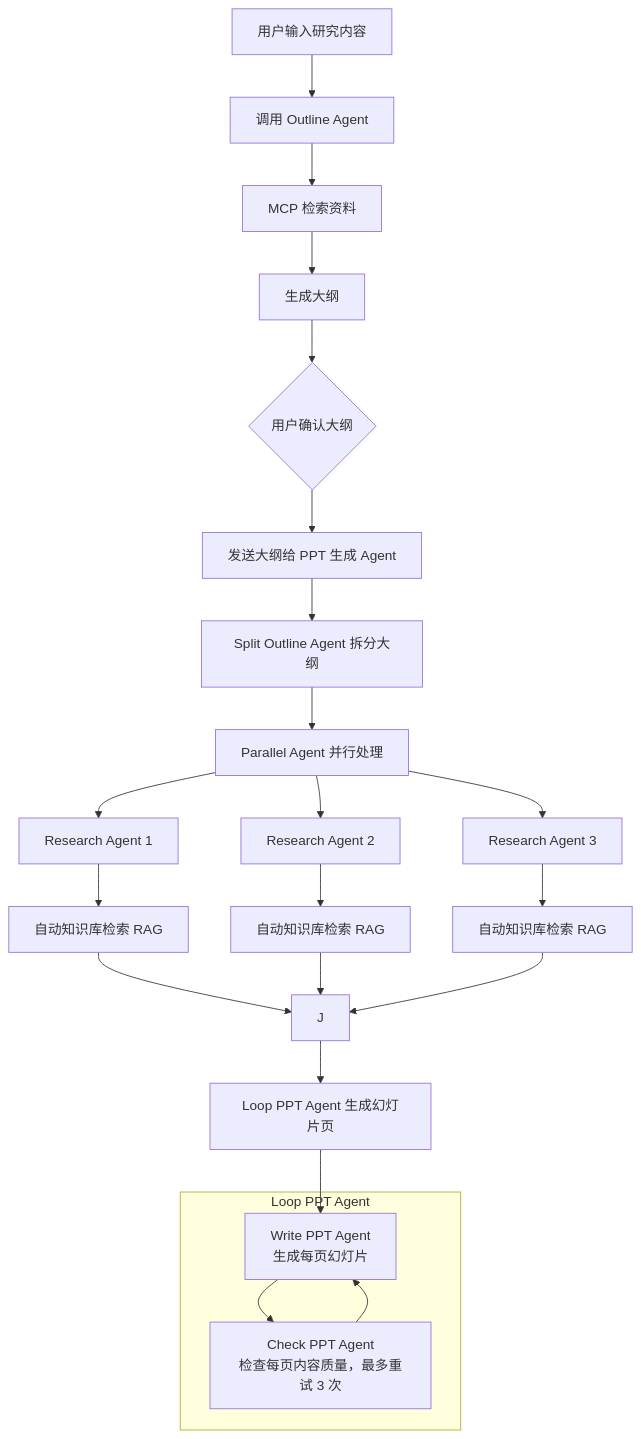
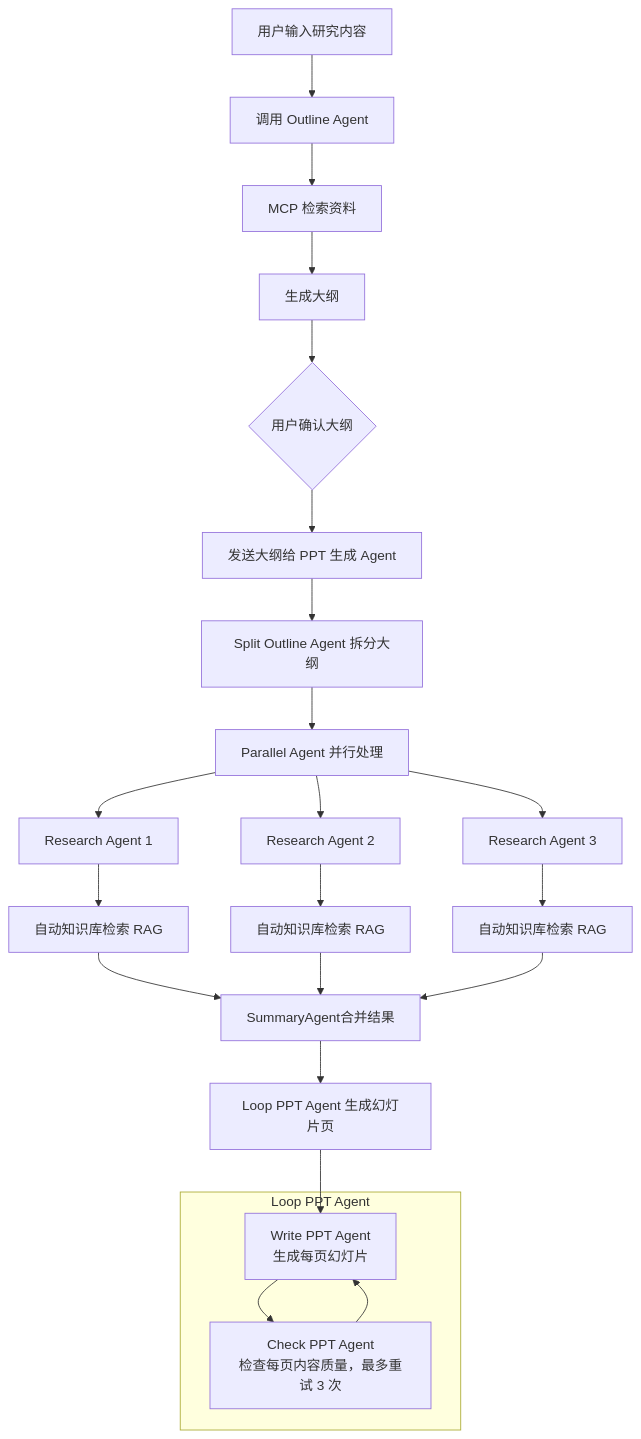
The diagram in README.md (HyunjunJeon/MultiAgentPPT-A2A), drawn with Mermaid before and after one commit. The commit also changed 1 other file, not shown here.

Commit message:
2025-09-19_09:12

````diff
--- a/README.md
+++ b/README.md
@@ -75,35 +75,35 @@
 ```mermaid
 flowchart TD
     A[用户输入研究内容] --> B[调用 Outline Agent]
     B --> C[MCP 检索资料]
     C --> D[生成大纲]
     D --> E{用户确认大纲}
     E --> F[发送大纲给 PPT 生成 Agent]
 
     F --> G[Split Outline Agent 拆分大纲]
     G --> H[Parallel Agent 并行处理]
 
     %% 并发 Research Agent
     H --> I1[Research Agent 1]
     H --> I2[Research Agent 2]
     H --> I3[Research Agent 3]
 
     I1 --> RAG1[自动知识库检索 RAG]
     I2 --> RAG2[自动知识库检索 RAG]
     I3 --> RAG3[自动知识库检索 RAG]
 
-    RAG1 --> J
+    RAG1 --> J[SummaryAgent合并结果]
     RAG2 --> J
     RAG3 --> J
 
     J --> L[Loop PPT Agent 生成幻灯片页]
 
     subgraph Loop PPT Agent
         L1[Write PPT Agent<br>生成每页幻灯片]
         L2[Check PPT Agent<br>检查每页内容质量，最多重试 3 次]
         L1 --> L2
         L2 --> L1
     end
 
     L --> L1
 ```
````
